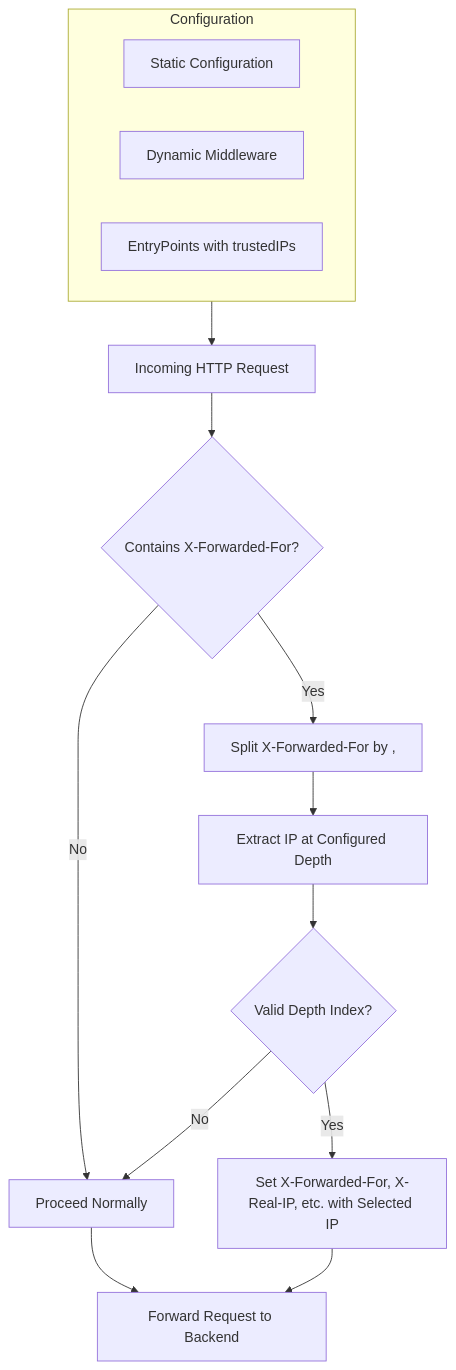
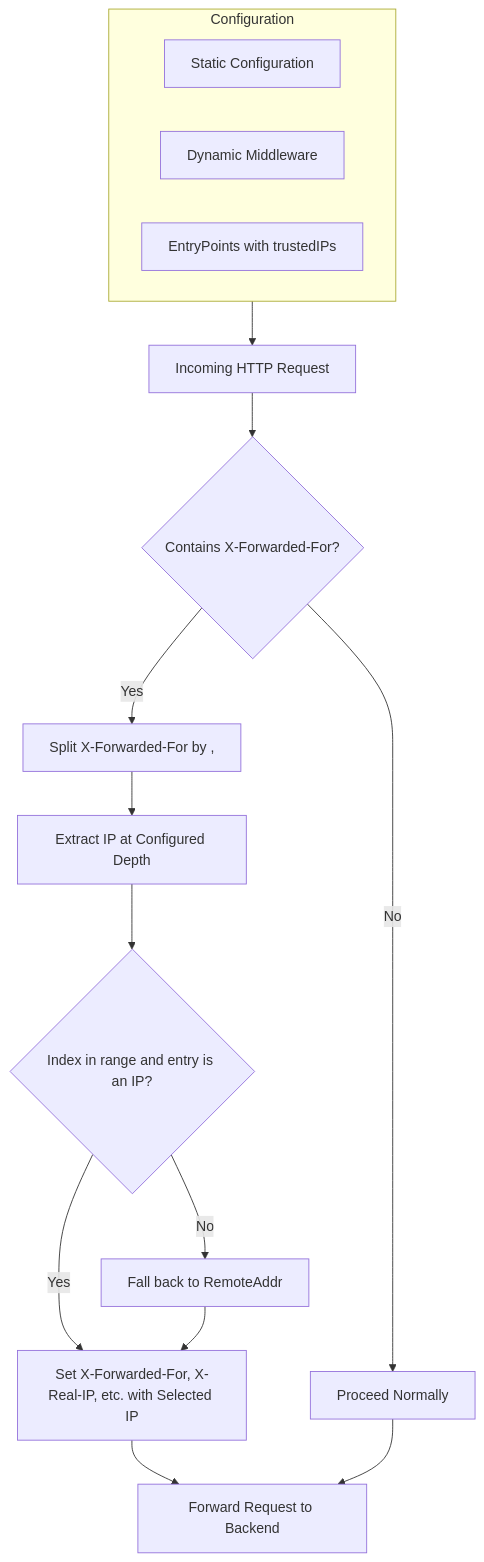
One commit to zerodawncode/traefik-xff-refiner changed the diagram in docs/PROJECT.md. Above: the diagram before and after it, drawn with Mermaid. The commit also changed other lines of this file and 3 other files, not shown here.

First line of the commit message:
Fall back to RemoteAddr when the selected hop is not an IP address

````diff
--- a/docs/PROJECT.md
+++ b/docs/PROJECT.md
@@ -22,20 +22,21 @@
 ```mermaid
 flowchart TD
     A[Incoming HTTP Request] --> B{Contains X-Forwarded-For?}
     B -- No --> Z[Proceed Normally]
     B -- Yes --> C[Split X-Forwarded-For by ,]
     C --> D[Extract IP at Configured Depth]
-    D --> E{Valid Depth Index?}
-    E -- No --> Z
+    D --> E{Index in range and entry is an IP?}
+    E -- No --> Y[Fall back to RemoteAddr]
     E -- Yes --> F[Set X-Forwarded-For, X-Real-IP, etc. with Selected IP]
+    Y --> F
     F --> G[Forward Request to Backend]
     Z --> G
 
     subgraph Configuration
         H[Static Configuration]
         I[Dynamic Middleware]
         J[EntryPoints with trustedIPs]
     end
 
     Configuration --> A
 ```
````
